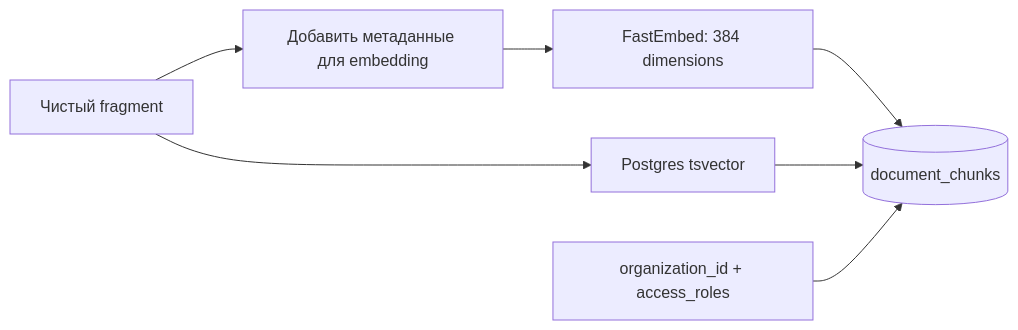
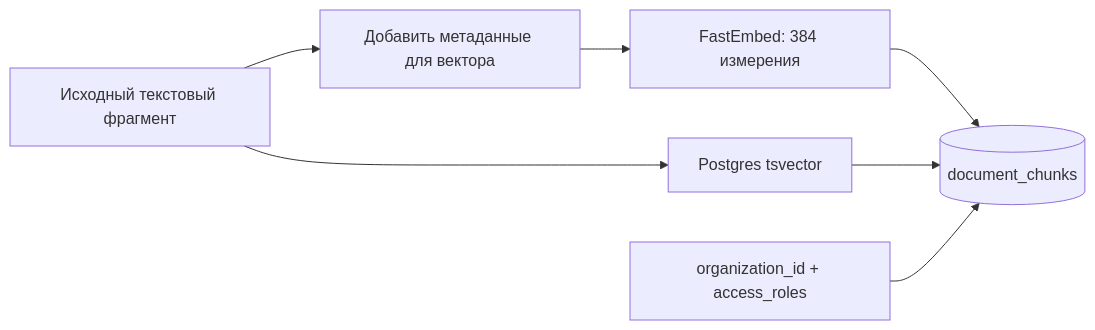
One commit to vladweat/docwise changed the second of 2 diagrams in docs/pipeline/ingestion.md. Above: the diagram before and after it, drawn with Mermaid. The commit also changed other lines of this file and 51 other files, not shown here.

````diff
--- a/docs/pipeline/ingestion.md
+++ b/docs/pipeline/ingestion.md
@@ -55,9 +56,9 @@
 ```mermaid
 flowchart LR
-  Fragment[Чистый fragment] --> Header[Добавить метаданные для embedding]
-  Header --> Vector[FastEmbed: 384 dimensions]
+  Fragment[Исходный текстовый фрагмент] --> Header[Добавить метаданные для вектора]
+  Header --> Vector[FastEmbed: 384 измерения]
   Fragment --> FTS[Postgres tsvector]
   Vector --> ChunkRow[(document_chunks)]
   FTS --> ChunkRow
   ACL[organization_id + access_roles] --> ChunkRow
 ```
````
